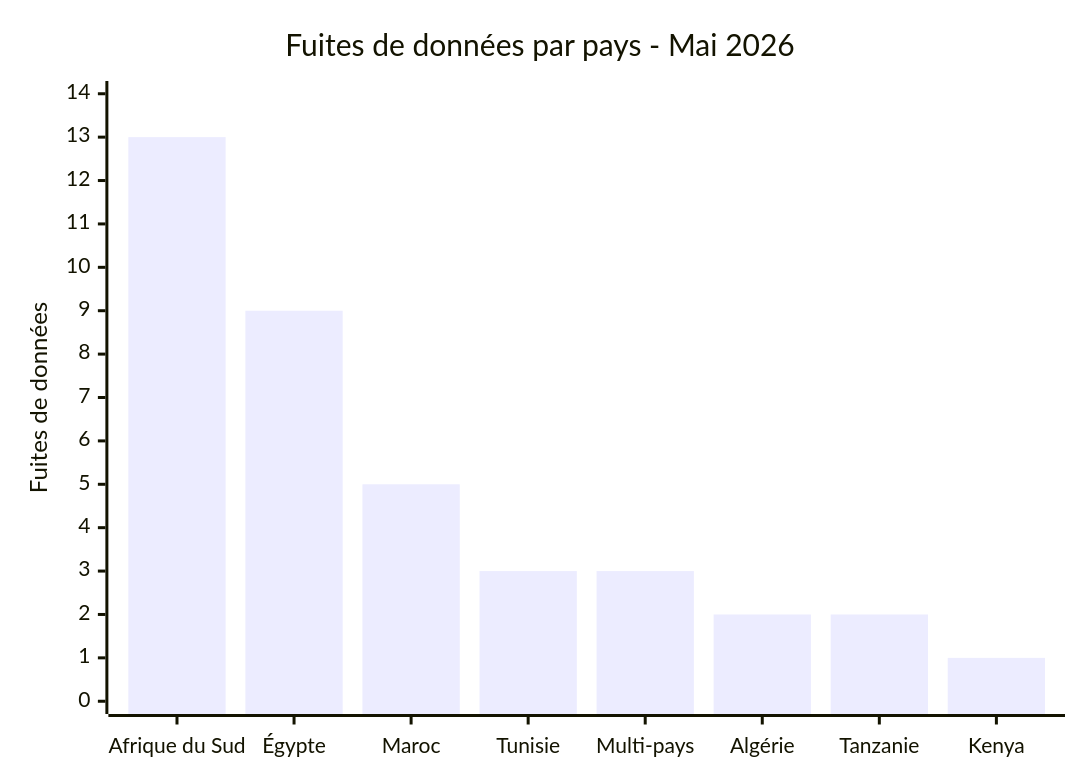
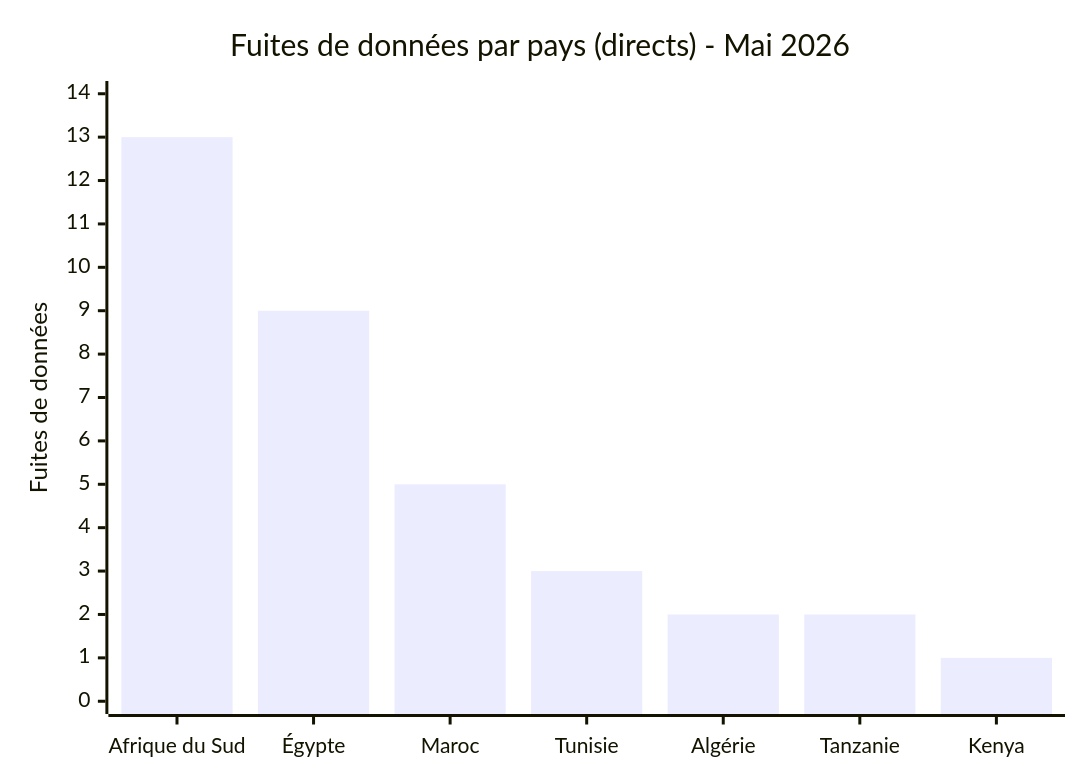
Before and after one commit to Hatchepsoute/AFRINTEL: the fourth of 7 diagrams in statistics/2026/05-may/README_FR.md, drawn with Mermaid. The commit also changed other lines of this file and 3 other files, not shown here.

````diff
--- a/statistics/2026/05-may/README_FR.md
+++ b/statistics/2026/05-may/README_FR.md
@@ -111,7 +153,7 @@
 ```mermaid
 xychart-beta
-    title "Fuites de données par pays - Mai 2026"
-    x-axis ["Afrique du Sud","Égypte","Maroc","Tunisie","Multi-pays","Algérie","Tanzanie","Kenya"]
+    title "Fuites de données par pays (directs) - Mai 2026"
+    x-axis ["Afrique du Sud","Égypte","Maroc","Tunisie","Algérie","Tanzanie","Kenya"]
     y-axis "Fuites de données" 0 --> 14
-    bar [13,9,5,3,3,2,2,1]
+    bar [13,9,5,3,2,2,1]
 ```
````
